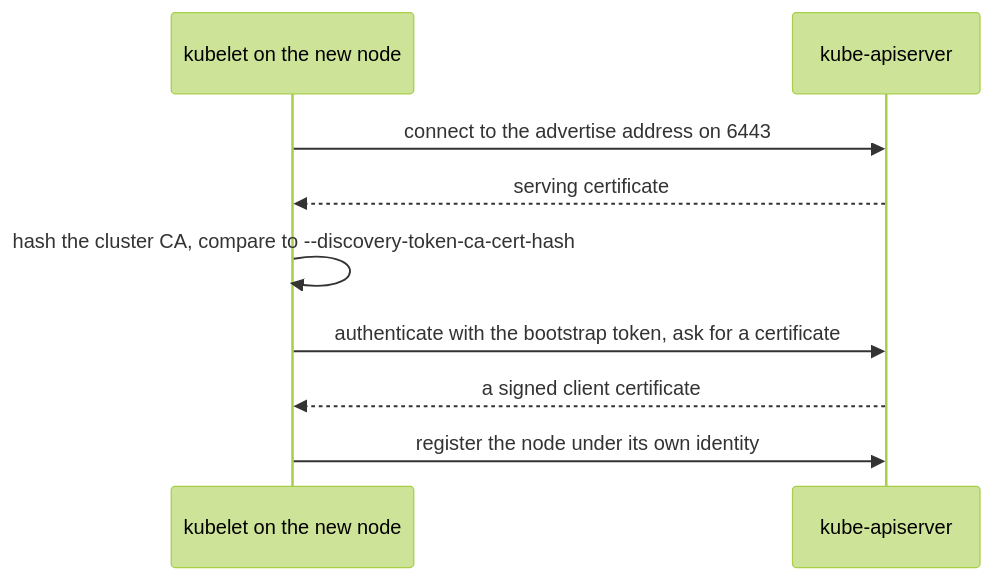
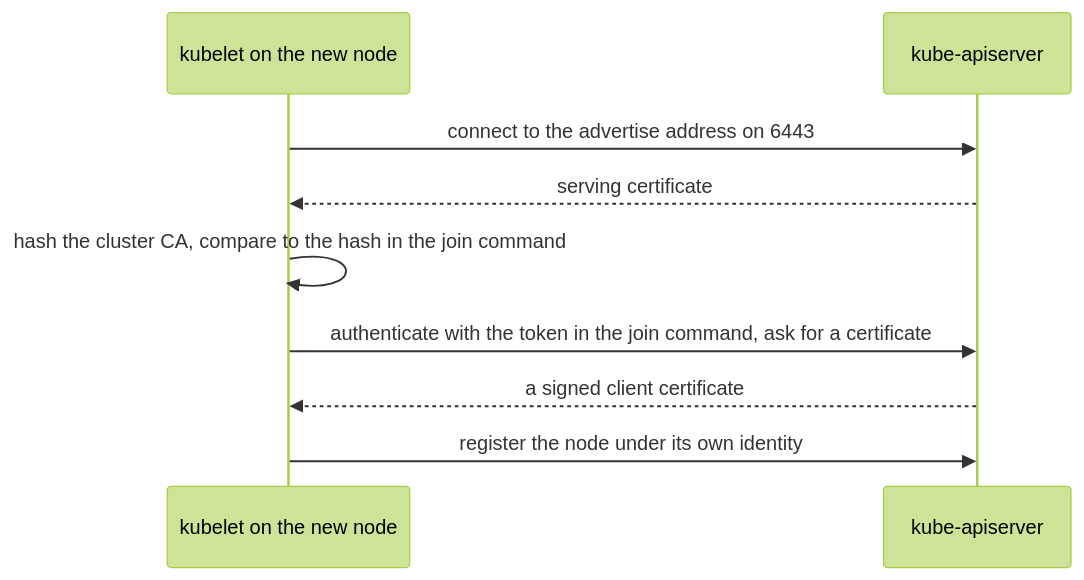
One commit to jclapdev/cka-study changed the second of 2 diagrams in learn/kubeadm.md. Above: the diagram before and after it, drawn with Mermaid (forest theme). The commit also changed other lines of this file and 37 other files, not shown here.

````diff
--- a/learn/kubeadm.md
+++ b/learn/kubeadm.md
@@ -26,11 +26,11 @@
 ```mermaid
 sequenceDiagram
   participant W as kubelet on the new node
   participant A as kube-apiserver
   W->>A: connect to the advertise address on 6443
   A-->>W: serving certificate
-  W->>W: hash the cluster CA, compare to --discovery-token-ca-cert-hash
-  W->>A: authenticate with the bootstrap token, ask for a certificate
+  W->>W: hash the cluster CA, compare to the hash in the join command
+  W->>A: authenticate with the token in the join command, ask for a certificate
   A-->>W: a signed client certificate
   W->>A: register the node under its own identity
 ```
````
